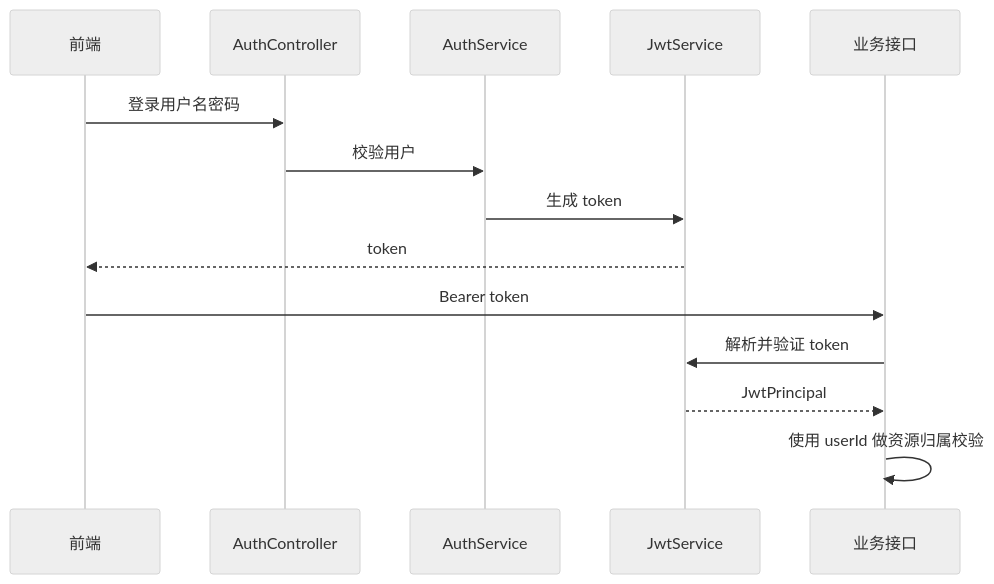
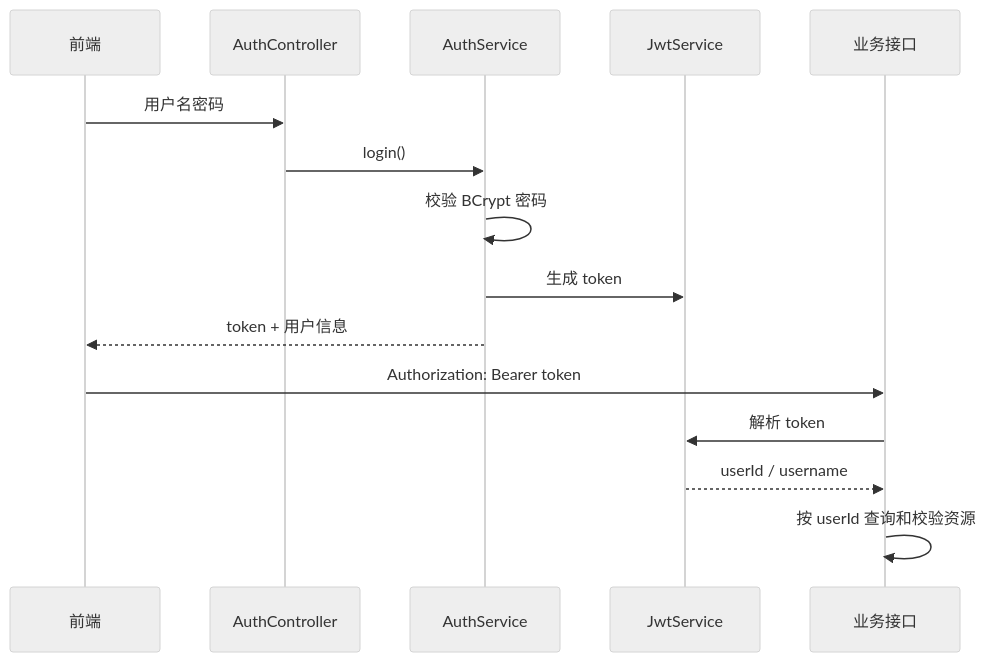
Before and after one commit to LinHonk1128/ips_java: the third of 6 diagrams in docs/04-high-level-design.md, drawn with Mermaid (neutral theme). The commit also changed other lines of this file and 48 other files, not shown here.

````diff
--- a/docs/04-high-level-design.md
+++ b/docs/04-high-level-design.md
@@ -227,17 +179,18 @@
 ```mermaid
 sequenceDiagram
     participant FE as 前端
-    participant Auth as AuthController
+    participant AC as AuthController
     participant AS as AuthService
     participant JWT as JwtService
     participant API as 业务接口
 
-    FE->>Auth: 登录用户名密码
-    Auth->>AS: 校验用户
+    FE->>AC: 用户名密码
+    AC->>AS: login()
+    AS->>AS: 校验 BCrypt 密码
     AS->>JWT: 生成 token
-    JWT-->>FE: token
-    FE->>API: Bearer token
-    API->>JWT: 解析并验证 token
-    JWT-->>API: JwtPrincipal
-    API->>API: 使用 userId 做资源归属校验
+    AS-->>FE: token + 用户信息
+    FE->>API: Authorization: Bearer token
+    API->>JWT: 解析 token
+    JWT-->>API: userId / username
+    API->>API: 按 userId 查询和校验资源
 ```
````
